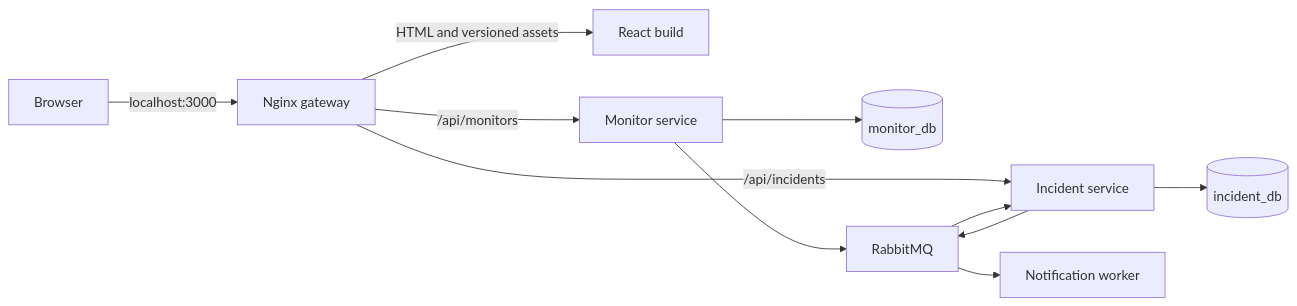
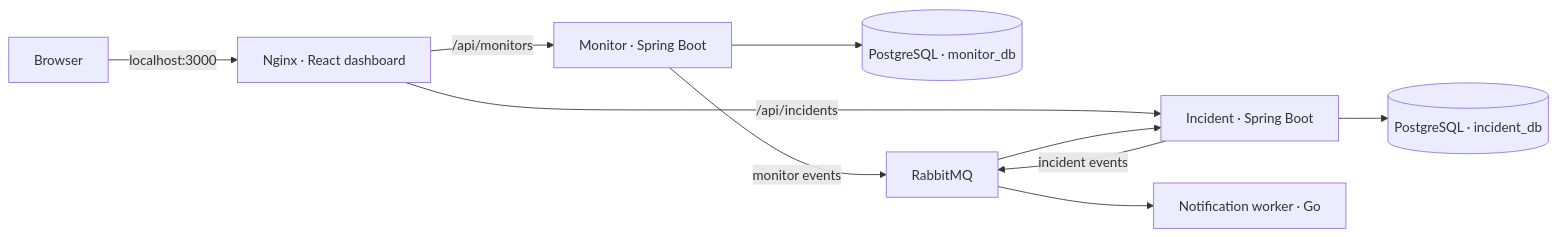
The diagram in README.md (khalilProg/opspilot), drawn with Mermaid before and after one commit. The commit also changed other lines of this file, not shown here.

Commit message:
docs(readme): streamline architecture, setup, and verification

````diff
--- a/README.md
+++ b/README.md
@@ -18,13 +19,12 @@
 ```mermaid
 flowchart LR
-    Browser -->|"localhost:3000"| Gateway["Nginx gateway"]
-    Gateway -->|"HTML and versioned assets"| Dashboard["React build"]
-    Gateway -->|"/api/monitors"| Monitor["Monitor service"]
-    Gateway -->|"/api/incidents"| Incident["Incident service"]
-    Monitor --> MonitorDB[("monitor_db")]
-    Incident --> IncidentDB[("incident_db")]
-    Monitor --> Broker["RabbitMQ"]
+    Browser -->|"localhost:3000"| Gateway["Nginx · React dashboard"]
+    Gateway -->|"/api/monitors"| Monitor["Monitor · Spring Boot"]
+    Gateway -->|"/api/incidents"| Incident["Incident · Spring Boot"]
+    Monitor --> MonitorDB[("PostgreSQL · monitor_db")]
+    Incident --> IncidentDB[("PostgreSQL · incident_db")]
+    Monitor -->|"monitor events"| Broker["RabbitMQ"]
     Broker --> Incident
-    Incident --> Broker
-    Broker --> Worker["Notification worker"]
+    Incident -->|"incident events"| Broker
+    Broker --> Worker["Notification worker · Go"]
 ```
````
